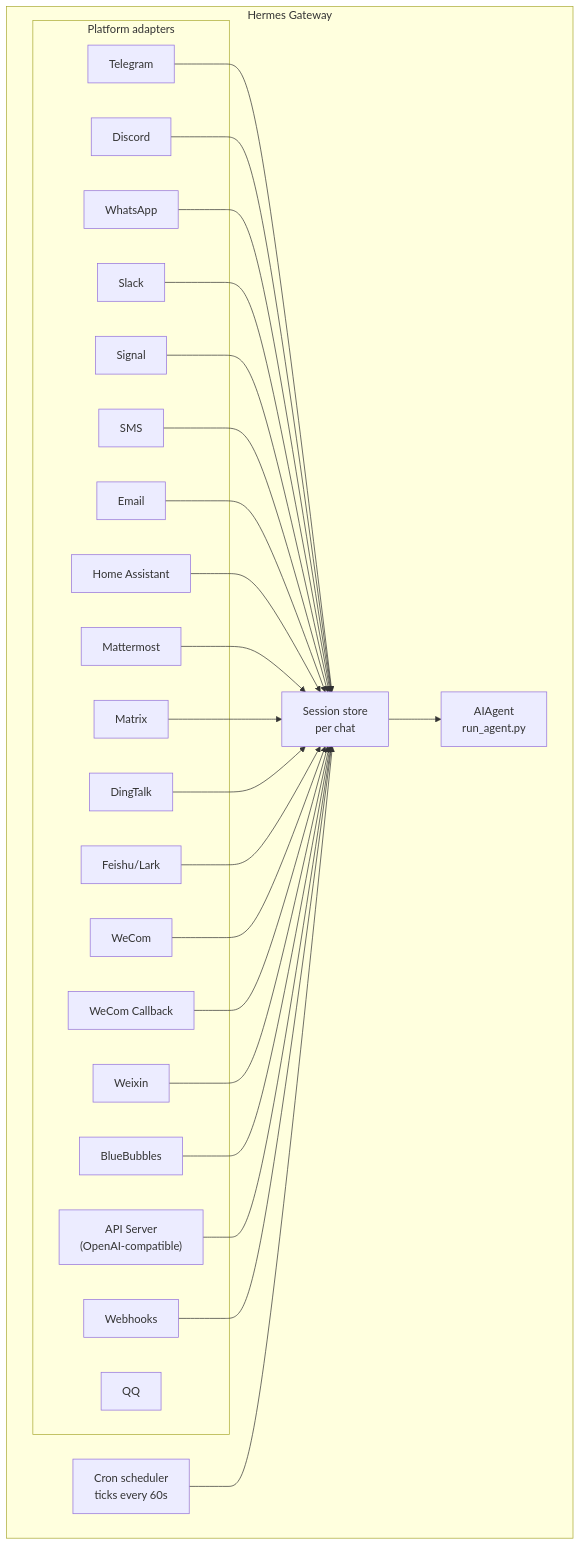
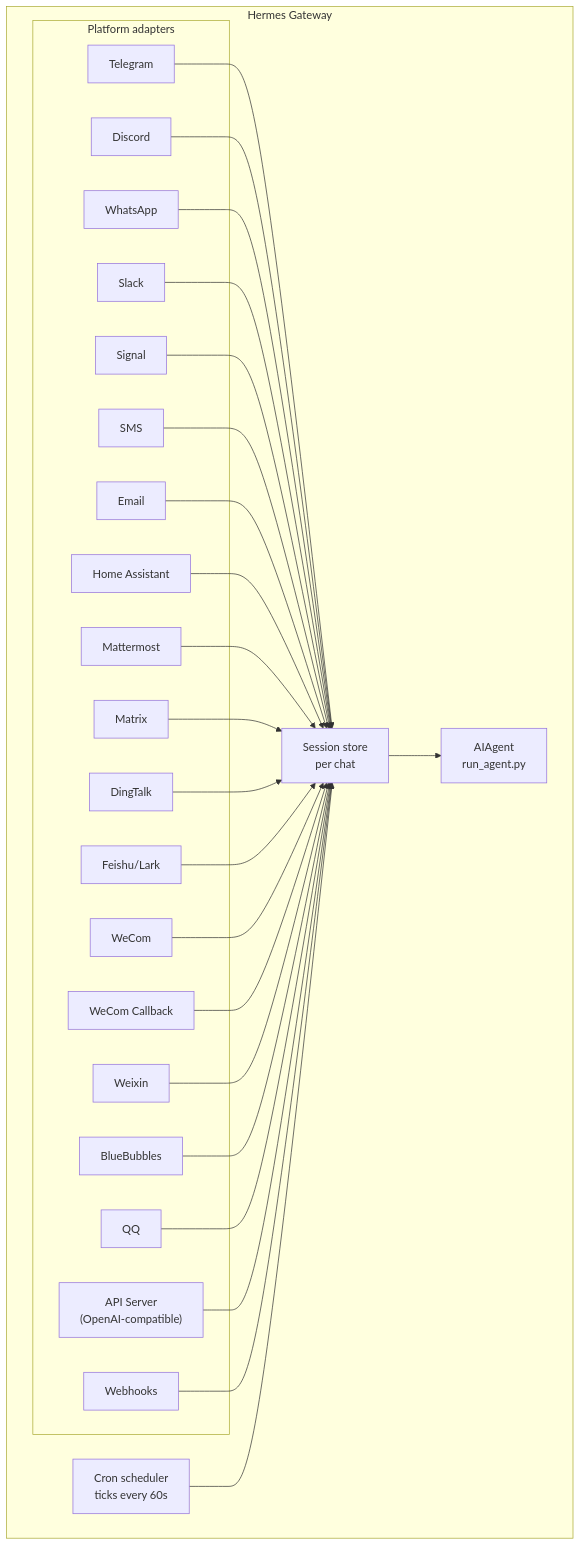
One commit to NousResearch/hermes-agent changed the diagram in website/docs/user-guide/messaging/index.md. Above: the diagram before and after it, drawn with Mermaid. The commit also changed other lines of this file and 19 other files, not shown here.

````diff
--- a/website/docs/user-guide/messaging/index.md
+++ b/website/docs/user-guide/messaging/index.md
@@ -39,51 +39,52 @@
 ```mermaid
 flowchart TB
     subgraph Gateway["Hermes Gateway"]
         subgraph Adapters["Platform adapters"]
             tg[Telegram]
             dc[Discord]
             wa[WhatsApp]
             sl[Slack]
             sig[Signal]
             sms[SMS]
             em[Email]
             ha[Home Assistant]
             mm[Mattermost]
             mx[Matrix]
             dt[DingTalk]
     fs[Feishu/Lark]
     wc[WeCom]
     wcb[WeCom Callback]
     wx[Weixin]
     bb[BlueBubbles]
     qq[QQ]
             api["API Server<br/>(OpenAI-compatible)"]
             wh[Webhooks]
         end
 
         store["Session store<br/>per chat"]
         agent["AIAgent<br/>run_agent.py"]
         cron["Cron scheduler<br/>ticks every 60s"]
     end
 
     tg --> store
     dc --> store
     wa --> store
     sl --> store
     sig --> store
     sms --> store
     em --> store
     ha --> store
     mm --> store
     mx --> store
     dt --> store
     fs --> store
     wc --> store
     wcb --> store
     wx --> store
     bb --> store
+    qq --> store
     api --> store
     wh --> store
     store --> agent
     cron --> store
 ```
````
